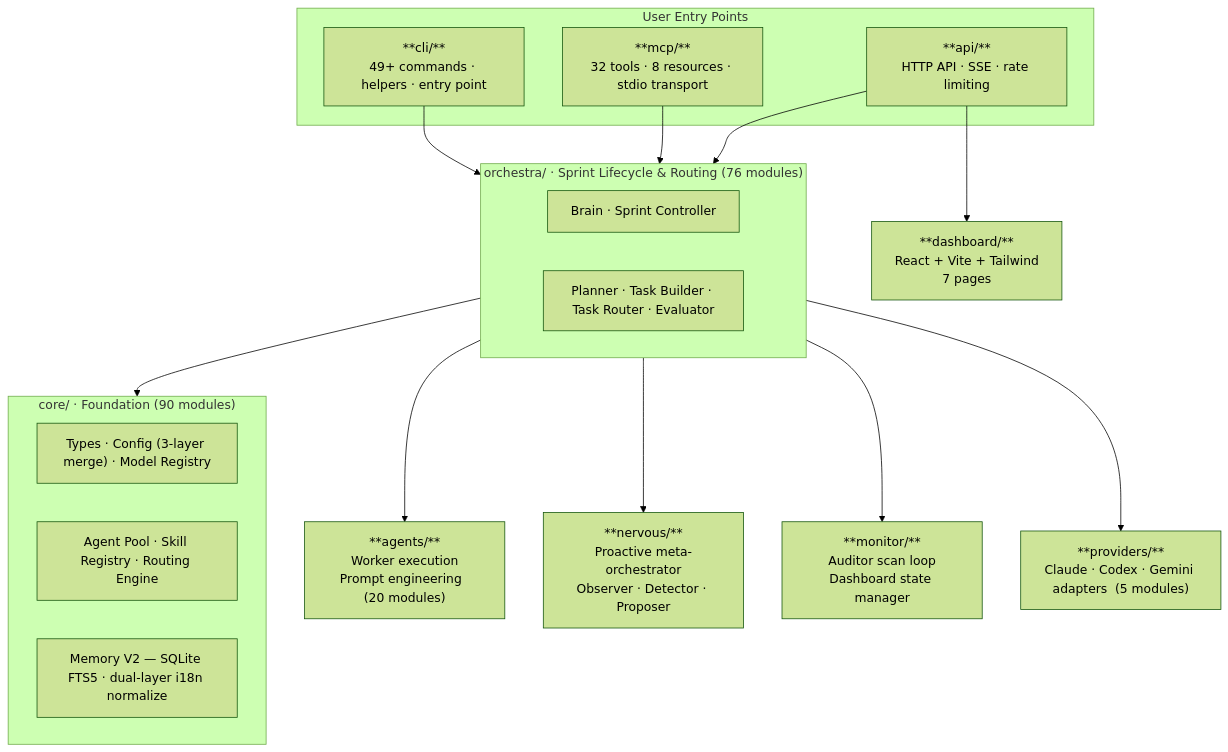
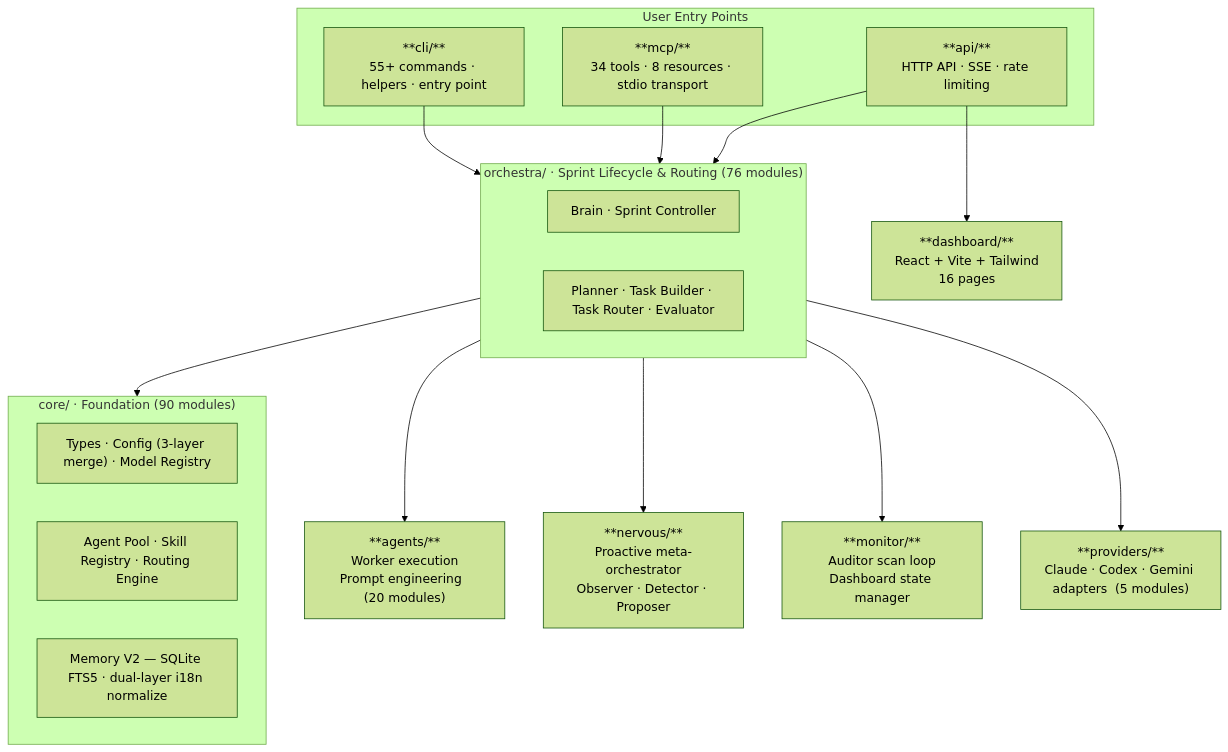
The second of 2 diagrams in docs/reference/lifecycle-diagram.md (Verhex/deckent-develop), drawn with Mermaid (forest theme) before and after one commit. The commit also changed 125 other files, not shown here.

````diff
--- a/docs/reference/lifecycle-diagram.md
+++ b/docs/reference/lifecycle-diagram.md
@@ -42,35 +42,35 @@
 ```mermaid
 graph TD
     subgraph entry["User Entry Points"]
-        CLI["**cli/**\n49+ commands · helpers · entry point"]
-        MCP_S["**mcp/**\n32 tools · 8 resources · stdio transport"]
+        CLI["**cli/**\n55+ commands · helpers · entry point"]
+        MCP_S["**mcp/**\n34 tools · 8 resources · stdio transport"]
         API_S["**api/**\nHTTP API · SSE · rate limiting"]
     end
 
     subgraph orch["orchestra/  ·  Sprint Lifecycle & Routing  (76 modules)"]
         BRAIN["Brain · Sprint Controller"]
         PLANNER["Planner · Task Builder · Task Router · Evaluator"]
     end
 
     subgraph found["core/  ·  Foundation  (90 modules)"]
         TYPES["Types · Config (3-layer merge) · Model Registry"]
         POOLS["Agent Pool · Skill Registry · Routing Engine"]
         MEMORY["Memory V2 — SQLite FTS5 · dual-layer i18n normalize"]
     end
 
     AGENTS["**agents/**\nWorker execution\nPrompt engineering  (20 modules)"]
     NERVOUS["**nervous/**\nProactive meta-orchestrator\nObserver · Detector · Proposer"]
     MONITOR["**monitor/**\nAuditor scan loop\nDashboard state manager"]
     PROVIDERS["**providers/**\nClaude · Codex · Gemini adapters  (5 modules)"]
-    DASH["**dashboard/**\nReact + Vite + Tailwind\n7 pages"]
+    DASH["**dashboard/**\nReact + Vite + Tailwind\n16 pages"]
 
     CLI --> orch
     MCP_S --> orch
     API_S --> orch
     API_S --> DASH
     orch --> found
     orch --> AGENTS
     orch --> NERVOUS
     orch --> MONITOR
     orch --> PROVIDERS
 ```
````
